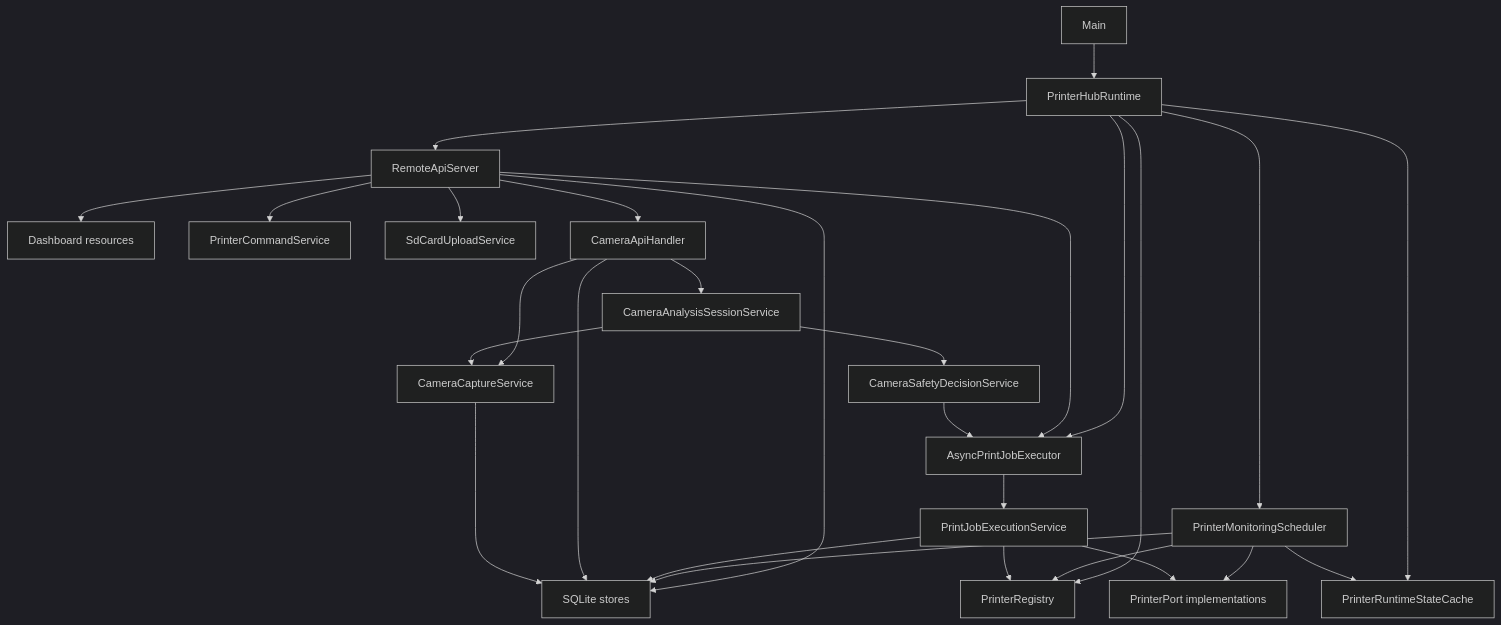
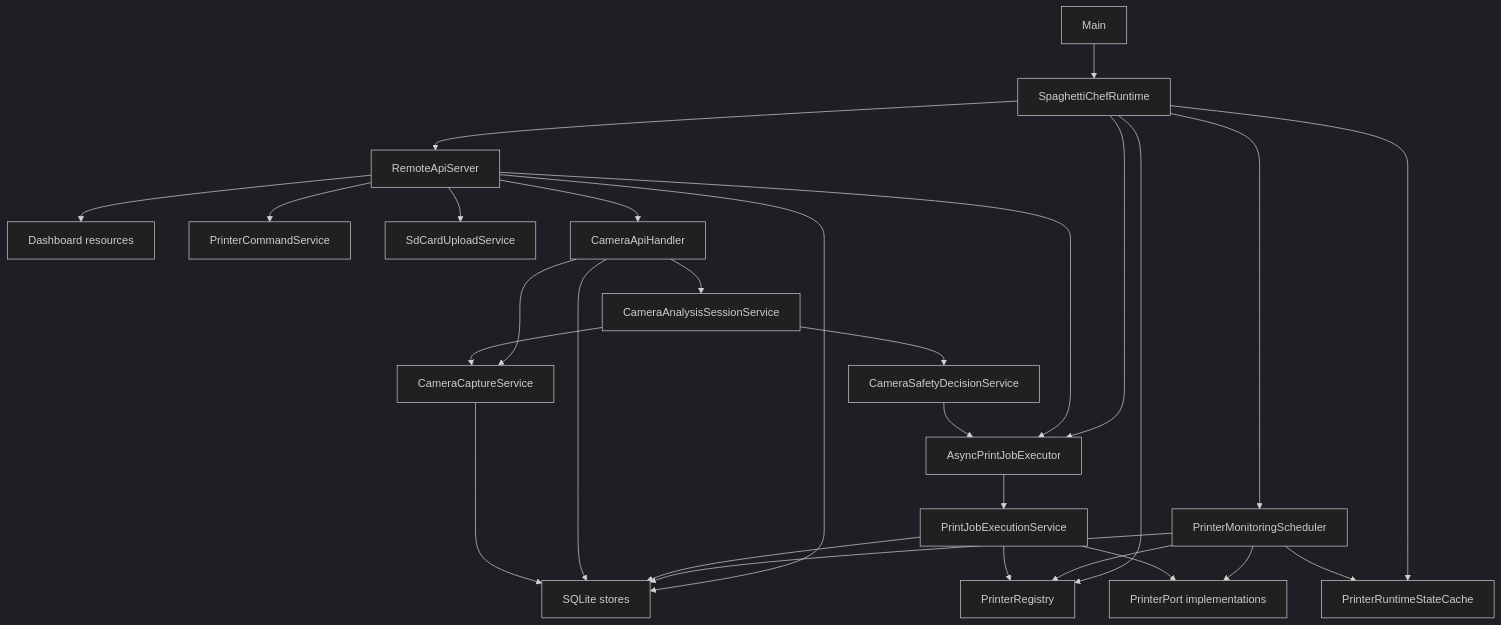
One commit to nathabee/spaghetti-chef changed the second of 3 diagrams in docs/specification.md. Above: the diagram before and after it, drawn with Mermaid (dark theme). The commit also changed other lines of this file and 474 other files, not shown here.

Commit message:
0.5.1 Rename PrinterHub to SpaghettiChef

````diff
--- a/docs/specification.md
+++ b/docs/specification.md
@@ -92,52 +92,52 @@
 ```mermaid
 flowchart TB
     Main["Main"]
-    Runtime["PrinterHubRuntime"]
+    Runtime["SpaghettiChefRuntime"]
     API["RemoteApiServer"]
     Dashboard["Dashboard resources"]
     Registry["PrinterRegistry"]
     StateCache["PrinterRuntimeStateCache"]
     Monitor["PrinterMonitoringScheduler"]
     Jobs["AsyncPrintJobExecutor"]
     JobExec["PrintJobExecutionService"]
     Commands["PrinterCommandService"]
     SD["SdCardUploadService"]
     CameraAPI["CameraApiHandler"]
     CameraCapture["CameraCaptureService"]
     CameraAnalysis["CameraAnalysisSessionService"]
     CameraSafety["CameraSafetyDecisionService"]
     Persistence["SQLite stores"]
     Ports["PrinterPort implementations"]
 
     Main --> Runtime
     Runtime --> API
     Runtime --> Registry
     Runtime --> StateCache
     Runtime --> Monitor
     Runtime --> Jobs
 
     API --> Dashboard
     API --> Commands
     API --> Jobs
     API --> SD
     API --> CameraAPI
     API --> Persistence
 
     Monitor --> Registry
     Monitor --> Ports
     Monitor --> StateCache
     Monitor --> Persistence
 
     Jobs --> JobExec
     JobExec --> Registry
     JobExec --> Ports
     JobExec --> Persistence
 
     CameraAPI --> CameraCapture
     CameraAPI --> CameraAnalysis
     CameraAPI --> Persistence
     CameraCapture --> Persistence
     CameraAnalysis --> CameraCapture
     CameraAnalysis --> CameraSafety
     CameraSafety --> Jobs
 ```
````
